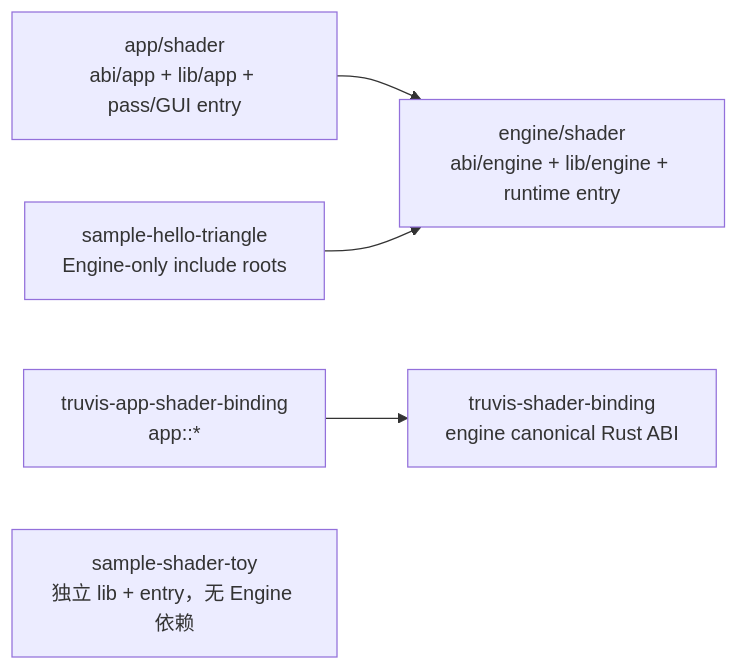
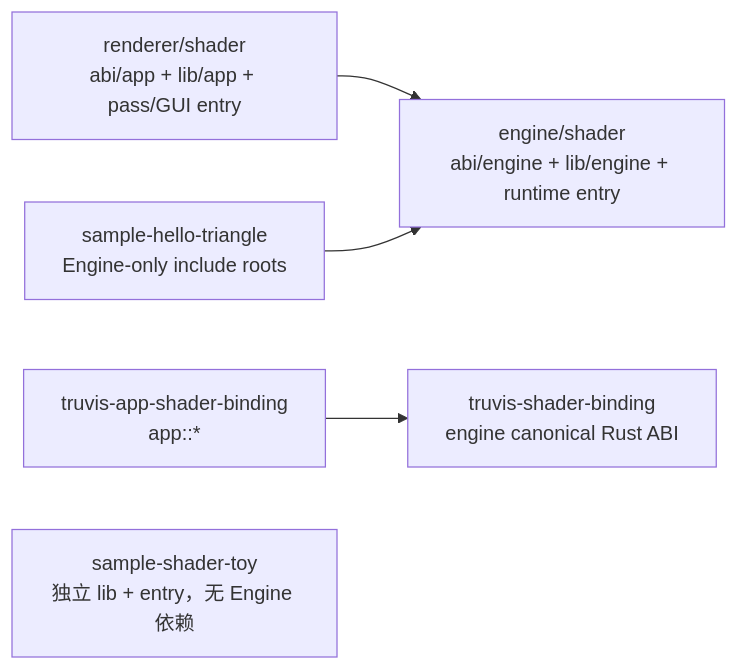
The third of 3 diagrams in docs/summaries/layering-and-dependency-boundaries.md (acccoco/TruvisRenderer), drawn with Mermaid before and after one commit. The commit also changed other lines of this file and 188 other files, not shown here.

Commit message:
[update/renderer] 统一 Sample 与 Renderer Shader 布局

````diff
--- a/docs/summaries/layering-and-dependency-boundaries.md
+++ b/docs/summaries/layering-and-dependency-boundaries.md
@@ -90,13 +90,13 @@
 ```mermaid
 flowchart LR
     EngineSource["engine/shader<br/>abi/engine + lib/engine + runtime entry"]
     EngineBinding["truvis-shader-binding<br/>engine canonical Rust ABI"]
-    AppSource["app/shader<br/>abi/app + lib/app + pass/GUI entry"]
+    AppSource["renderer/shader<br/>abi/app + lib/app + pass/GUI entry"]
     AppBinding["truvis-app-shader-binding<br/>app::*"]
     HelloSource["sample-hello-triangle<br/>Engine-only include roots"]
     ToySource["sample-shader-toy<br/>独立 lib + entry，无 Engine 依赖"]
 
     AppSource --> EngineSource
     HelloSource --> EngineSource
     AppBinding --> EngineBinding
 ```
````
